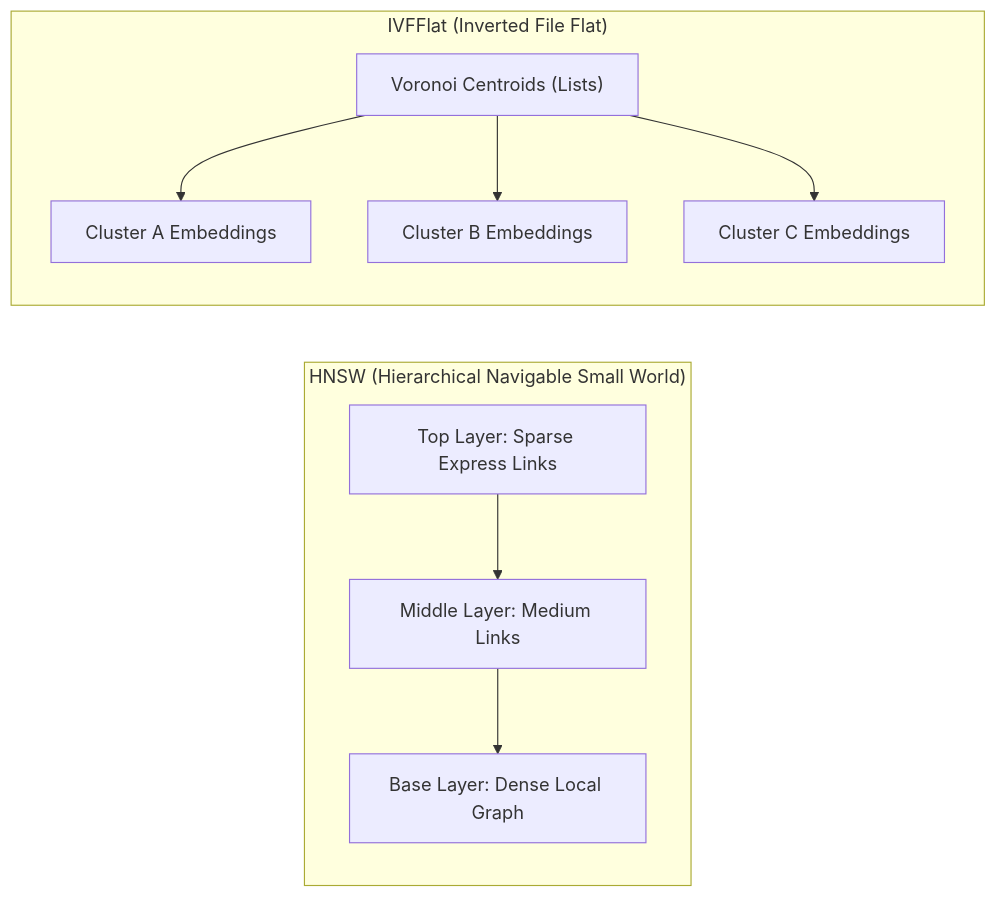
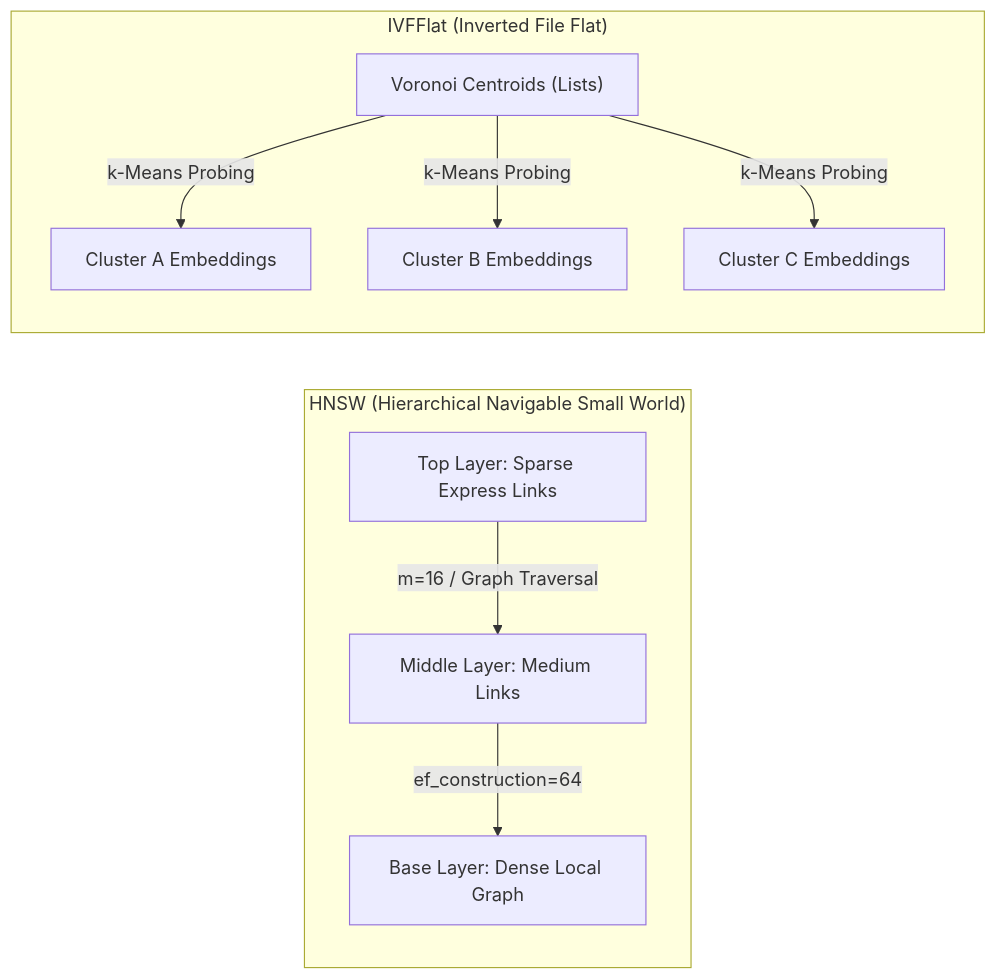
Before and after one commit to linuxmalaysia/bda-ai-infra: the first of 2 diagrams in docs/reference/postgresql-pgvector-enterprise-strategy.md, drawn with Mermaid. The commit also changed other lines of this file and 18 other files, not shown here.

Commit message:
feat: add dual-render diagram AI skill and refactor all existing diagrams

````diff
--- a/docs/reference/postgresql-pgvector-enterprise-strategy.md
+++ b/docs/reference/postgresql-pgvector-enterprise-strategy.md
@@ -86,13 +146,13 @@
 ```mermaid
 flowchart LR
     subgraph HNSW ["HNSW (Hierarchical Navigable Small World)"]
-        Layer2["Top Layer: Sparse Express Links"] --> Layer1["Middle Layer: Medium Links"]
-        Layer1 --> Layer0["Base Layer: Dense Local Graph"]
+        Layer2["Top Layer: Sparse Express Links"] -->|"m=16 / Graph Traversal"| Layer1["Middle Layer: Medium Links"]
+        Layer1 -->|"ef_construction=64"| Layer0["Base Layer: Dense Local Graph"]
     end
 
     subgraph IVFFlat ["IVFFlat (Inverted File Flat)"]
-        Centroids["Voronoi Centroids (Lists)"] --> ClusterA["Cluster A Embeddings"]
-        Centroids --> ClusterB["Cluster B Embeddings"]
-        Centroids --> ClusterC["Cluster C Embeddings"]
+        Centroids["Voronoi Centroids (Lists)"] -->|"k-Means Probing"| ClusterA["Cluster A Embeddings"]
+        Centroids -->|"k-Means Probing"| ClusterB["Cluster B Embeddings"]
+        Centroids -->|"k-Means Probing"| ClusterC["Cluster C Embeddings"]
     end
 ```
````
